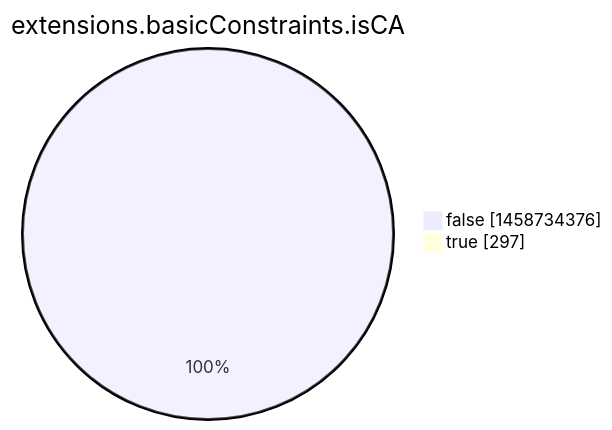
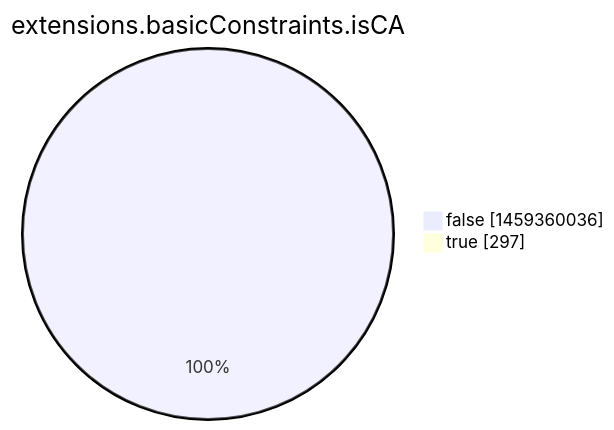
The eighth of 15 diagrams in argon2022/README.md (christiankrug/ctmonitor_visualization), drawn with Mermaid before and after one commit. The commit also changed other lines of this file, not shown here.

````diff
--- a/argon2022/README.md
+++ b/argon2022/README.md
@@ -2760,6 +2760,6 @@
 ```mermaid
 pie showData
 title extensions.basicConstraints.isCA
-"false" :1458734376
+"false" :1459360036
 "true" :297
 ```
````
